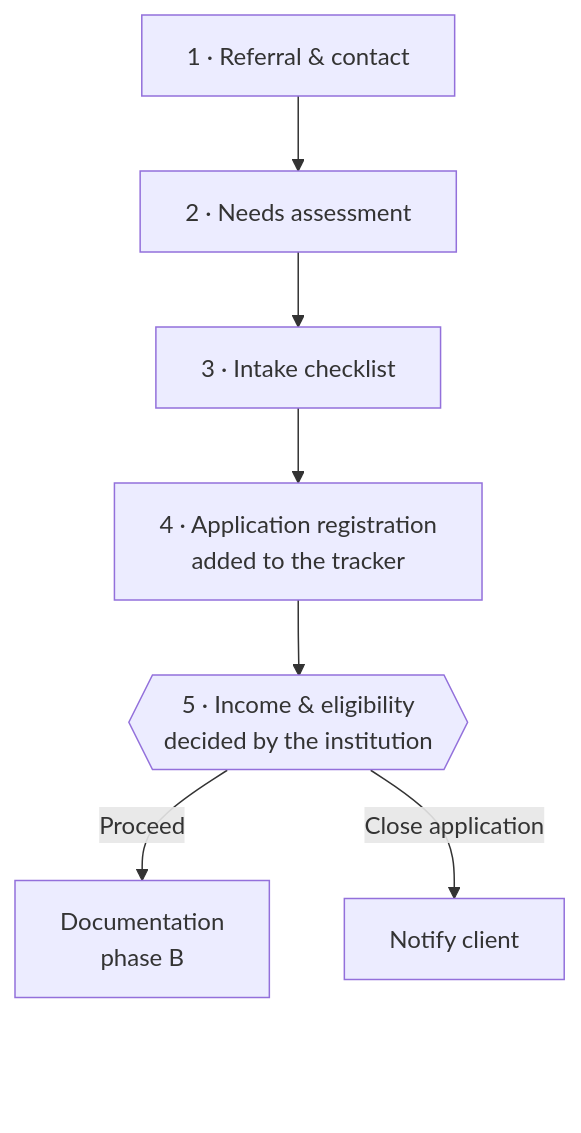
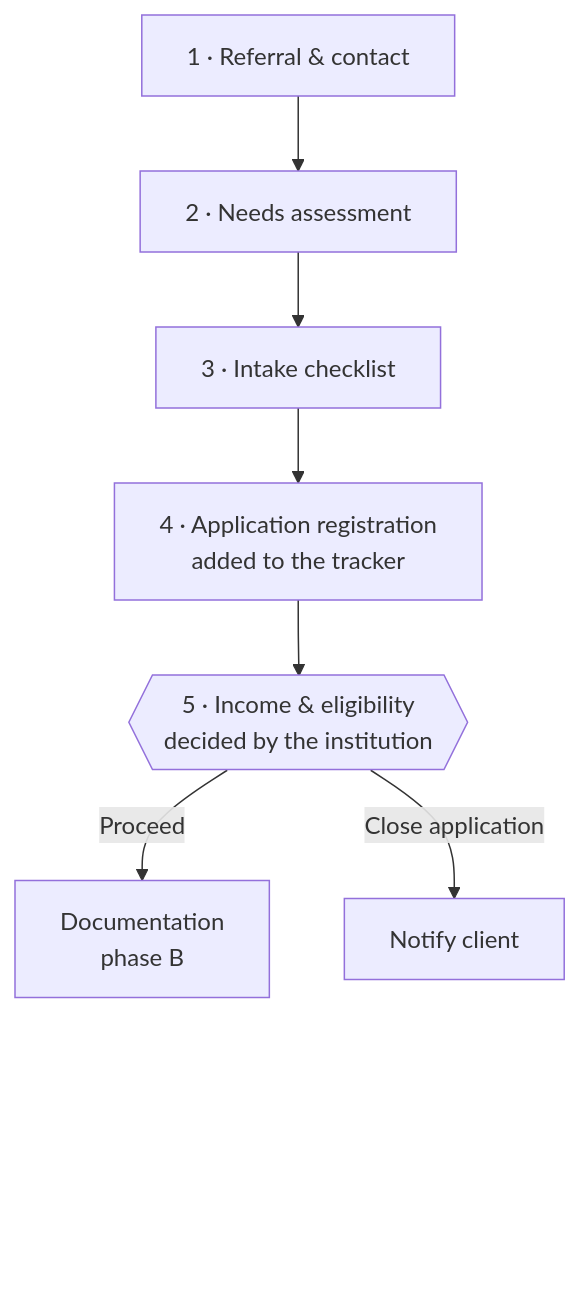
The first of 4 diagrams in docs/workflow.md (CamilaNacli/mortgage-financing-operations), drawn with Mermaid before and after one commit.

Commit message:
More space below phase A diagram

````diff
--- a/docs/workflow.md
+++ b/docs/workflow.md
@@ -11,10 +11,10 @@
 ```mermaid
 flowchart TB
     S1["1 · Referral & contact"] --> S2["2 · Needs assessment"] --> S3["3 · Intake checklist"] --> S4["4 · Application registration<br/>added to the tracker"] --> S5{{"5 · Income & eligibility<br/>decided by the institution"}}
     S5 -->|Proceed| P["Documentation<br/>phase B"]
     S5 -->|Close application| X["Notify client"]
-    X ~~~ PAD[" "]
-    P ~~~ PAD2[" "]
+    X ~~~ PAD[" <br/> <br/> <br/> <br/> <br/> "]
+    P ~~~ PAD2[" <br/> <br/> <br/> <br/> <br/> "]
     style PAD fill:none,stroke:none
     style PAD2 fill:none,stroke:none
 ```
````
